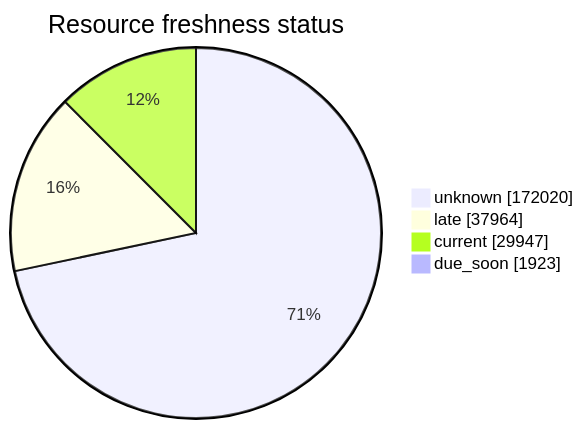
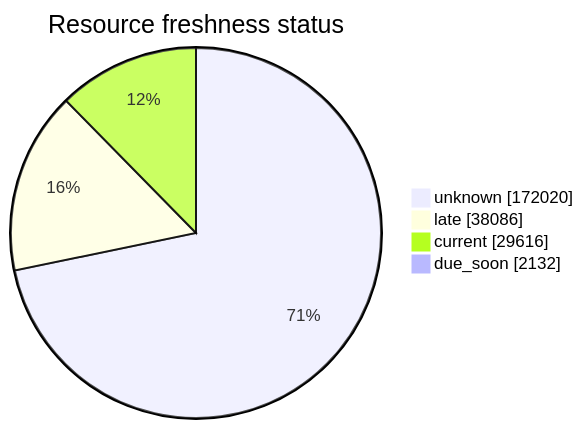
Before and after one commit to open-data/analytics-corporate-reporting: the third of 5 diagrams in FreshCheck/README.md, drawn with Mermaid. The commit also changed other lines of this file and 3 other files, not shown here.

````diff
--- a/FreshCheck/README.md
+++ b/FreshCheck/README.md
@@ -77,7 +77,7 @@
 ```mermaid
 pie showData title Resource freshness status
     "unknown": 172020
-    "late": 37964
-    "current": 29947
-    "due_soon": 1923
+    "late": 38086
+    "current": 29616
+    "due_soon": 2132
 ```
````
